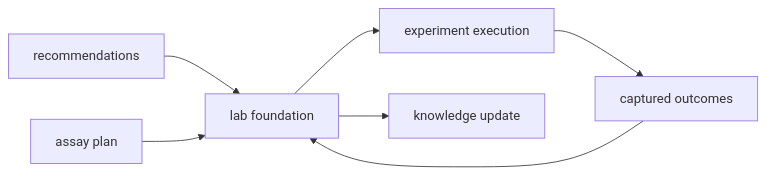
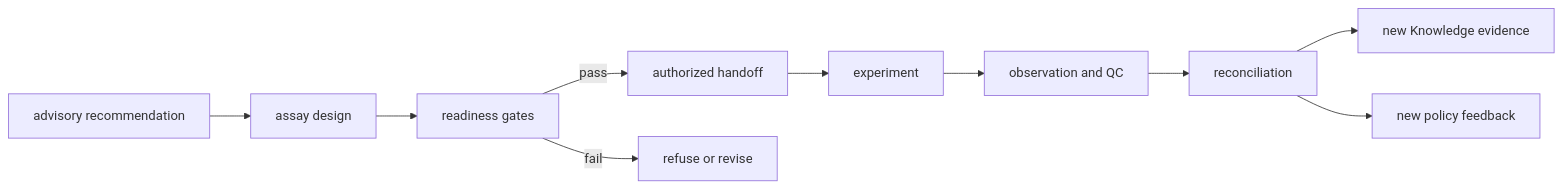
One commit to bijux/bijux-proteomics changed the first of 2 diagrams in docs/07-bijux-proteomics-lab/foundation/index.md. Above: the diagram before and after it, drawn with Mermaid. The commit also changed other lines of this file and 3 other files, not shown here.

Commit message:
docs(operations): connect lab consequence to repository proof

````diff
--- a/docs/07-bijux-proteomics-lab/foundation/index.md
+++ b/docs/07-bijux-proteomics-lab/foundation/index.md
@@ -33,16 +17,12 @@
 ```mermaid
 flowchart LR
-    recommendation["recommendations"]
-    assay_plan["assay plan"]
-    execution["experiment execution"]
-    outcome["captured outcomes"]
-    lab["lab foundation"]
-    knowledge["knowledge update"]
-
-    recommendation --> lab
-    assay_plan --> lab
-    lab --> execution
-    execution --> outcome
-    outcome --> lab
-    lab --> knowledge
+    R["advisory recommendation"] --> D["assay design"]
+    D --> G["readiness gates"]
+    G -->|pass| H["authorized handoff"]
+    G -->|fail| F["refuse or revise"]
+    H --> E["experiment"]
+    E --> O["observation and QC"]
+    O --> C["reconciliation"]
+    C --> K["new Knowledge evidence"]
+    C --> I["new policy feedback"]
 ```
````
